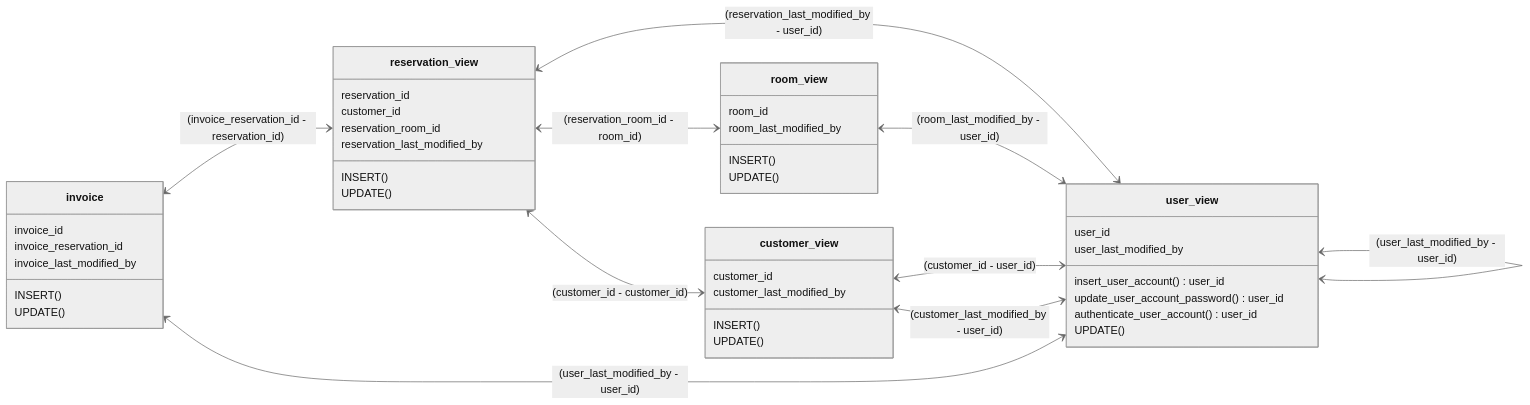
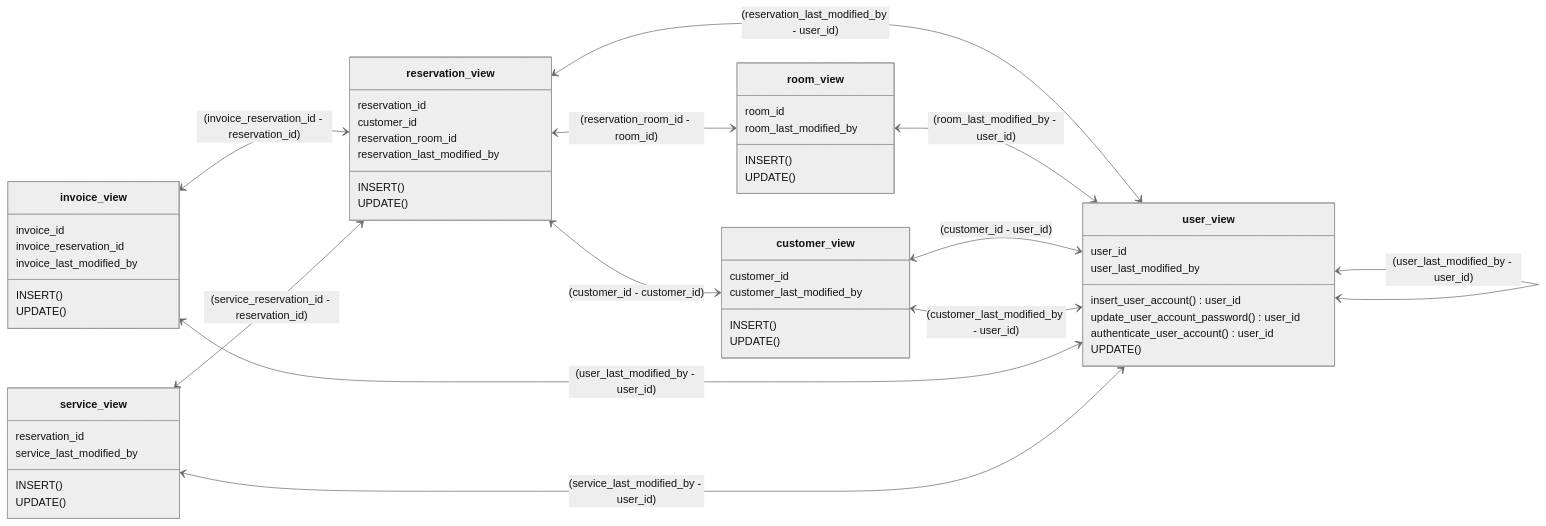
The diagram in README.md (PLProjektKompetencyjny/PK_6IO1z_Projekt4_DataBase), drawn with Mermaid (neutral theme) before and after one commit. The commit also changed other lines of this file and 8 other files, not shown here.

First line of the commit message:
feature/addReservationService (#27)

````diff
--- a/README.md
+++ b/README.md
@@ -87,61 +91,71 @@
 ``` mermaid
 
 classDiagram
 direction LR
 
-class reservation_view{
+class reservation_view {
     reservation_id
     customer_id
     reservation_room_id
     reservation_last_modified_by
 
     INSERT()
     UPDATE()
 }
 
 class room_view {
     room_id
     room_last_modified_by
 
     INSERT()
     UPDATE()
 }
 
 class customer_view {
     customer_id
     customer_last_modified_by
 
     INSERT()
     UPDATE()
 }
 
 class user_view {
     user_id
     user_last_modified_by
 
     insert_user_account() user_id
     update_user_account_password() user_id
     authenticate_user_account() user_id
     UPDATE()
 }
 
-class invoice {
+class invoice_view {
     invoice_id
     invoice_reservation_id
     invoice_last_modified_by
+
+    INSERT()
+    UPDATE()
+}
+
+class service_view {
+    reservation_id
+    service_last_modified_by
 
     INSERT()
     UPDATE()
 }
 
 reservation_view <--> customer_view : (customer_id - customer_id)
 reservation_view <--> room_view : (reservation_room_id - room_id)
 reservation_view <--> user_view : (reservation_last_modified_by - user_id)
 room_view <--> user_view : (room_last_modified_by - user_id)
 customer_view <--> user_view : (customer_id - user_id)
 customer_view <--> user_view : (customer_last_modified_by - user_id)
 user_view <--> user_view  : (user_last_modified_by - user_id)
-invoice <--> reservation_view: (invoice_reservation_id - reservation_id)
-invoice <--> user_view : (user_last_modified_by - user_id)
+invoice_view <--> reservation_view: (invoice_reservation_id - reservation_id)
+invoice_view <--> user_view : (user_last_modified_by - user_id)
+service_view <--> reservation_view: (service_reservation_id - reservation_id)
+service_view <--> user_view : (service_last_modified_by - user_id)
 
 ```
````
